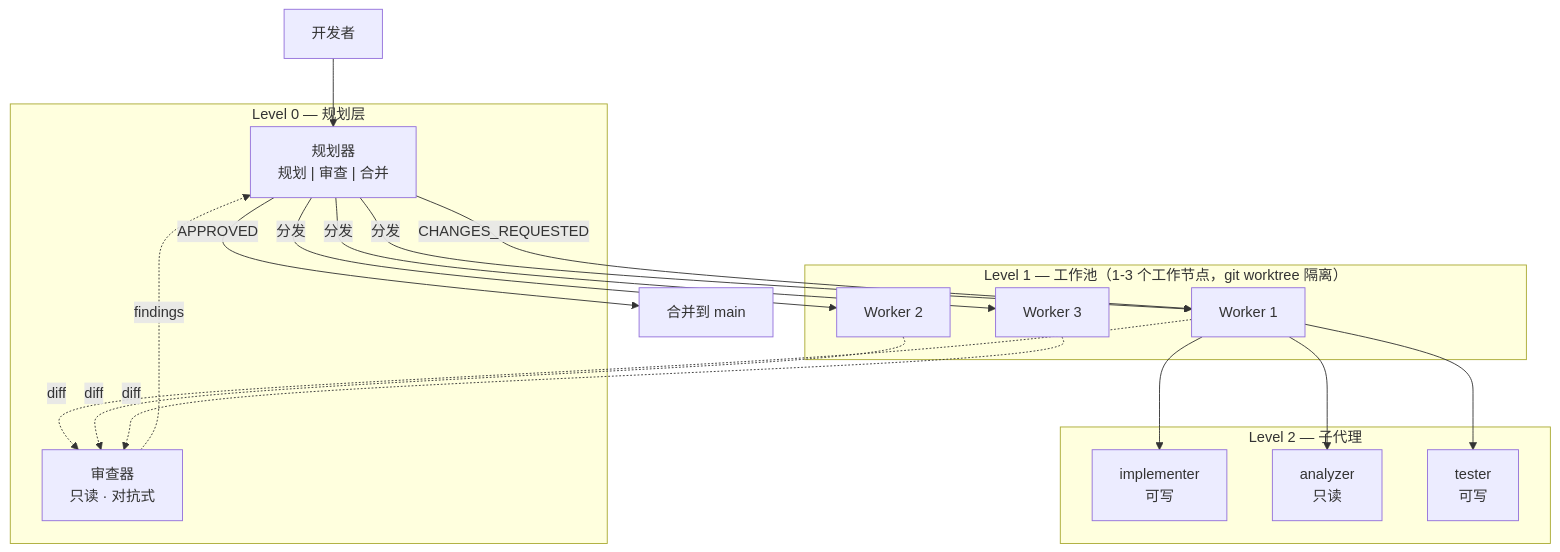
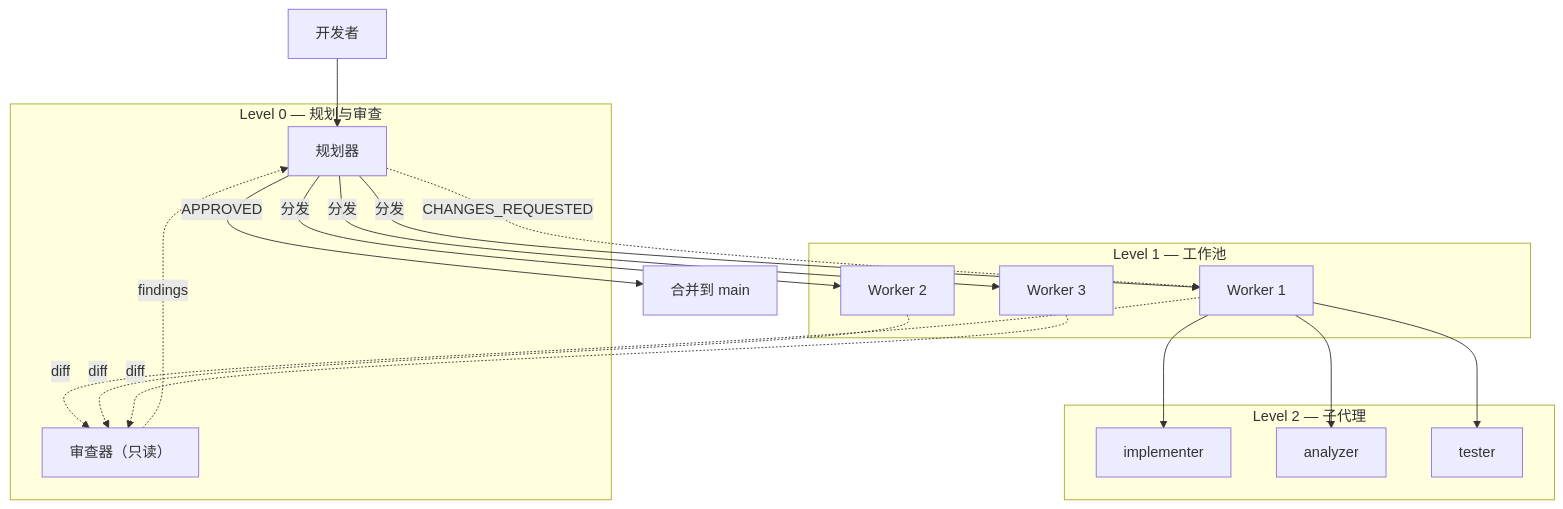
The diagram in README_CN.md (fzhiy/multi-agent-dev-framework), drawn with Mermaid before and after one commit. The commit also changed other lines of this file and 2 other files, not shown here.

Commit message:
docs: split mode guides to docs/, generalize architecture diagram

````diff
--- a/README_CN.md
+++ b/README_CN.md
@@ -20,37 +20,37 @@
 ```mermaid
-graph TB
-    Human["开发者"] --> Planner
+graph TD
+    Dev[开发者] --> Planner[规划器]
 
-    subgraph "Level 0 — 规划层"
-        Planner["规划器<br/>规划 | 审查 | 合并"]
-        Reviewer["审查器<br/>只读 · 对抗式"]
+    subgraph L0["Level 0 — 规划与审查"]
+        Planner
+        Reviewer["审查器（只读）"]
     end
 
-    subgraph "Level 1 — 工作池（1-3 个工作节点，git worktree 隔离）"
-        W1["Worker 1"]
-        W2["Worker 2"]
-        W3["Worker 3"]
+    subgraph L1["Level 1 — 工作池"]
+        W1[Worker 1]
+        W2[Worker 2]
+        W3[Worker 3]
     end
 
-    subgraph "Level 2 — 子代理"
-        impl["implementer<br/>可写"]
-        analyzer["analyzer<br/>只读"]
-        tester["tester<br/>可写"]
+    subgraph L2["Level 2 — 子代理"]
+        impl[implementer]
+        analyzer[analyzer]
+        tester[tester]
     end
 
-    Planner -->|"分发"| W1
-    Planner -->|"分发"| W2
-    Planner -->|"分发"| W3
+    Planner -->|分发| W1
+    Planner -->|分发| W2
+    Planner -->|分发| W3
 
     W1 --> impl
     W1 --> analyzer
     W1 --> tester
 
-    W1 -.->|"diff"| Reviewer
-    W2 -.->|"diff"| Reviewer
-    W3 -.->|"diff"| Reviewer
-    Reviewer -.->|"findings"| Planner
+    W1 -.->|diff| Reviewer
+    W2 -.->|diff| Reviewer
+    W3 -.->|diff| Reviewer
+    Reviewer -.->|findings| Planner
 
-    Planner -->|"APPROVED"| Merge["合并到 main"]
-    Planner -->|"CHANGES_REQUESTED"| W1
+    Planner -->|APPROVED| Merge[合并到 main]
+    Planner -.->|CHANGES_REQUESTED| W1
 ```
````
